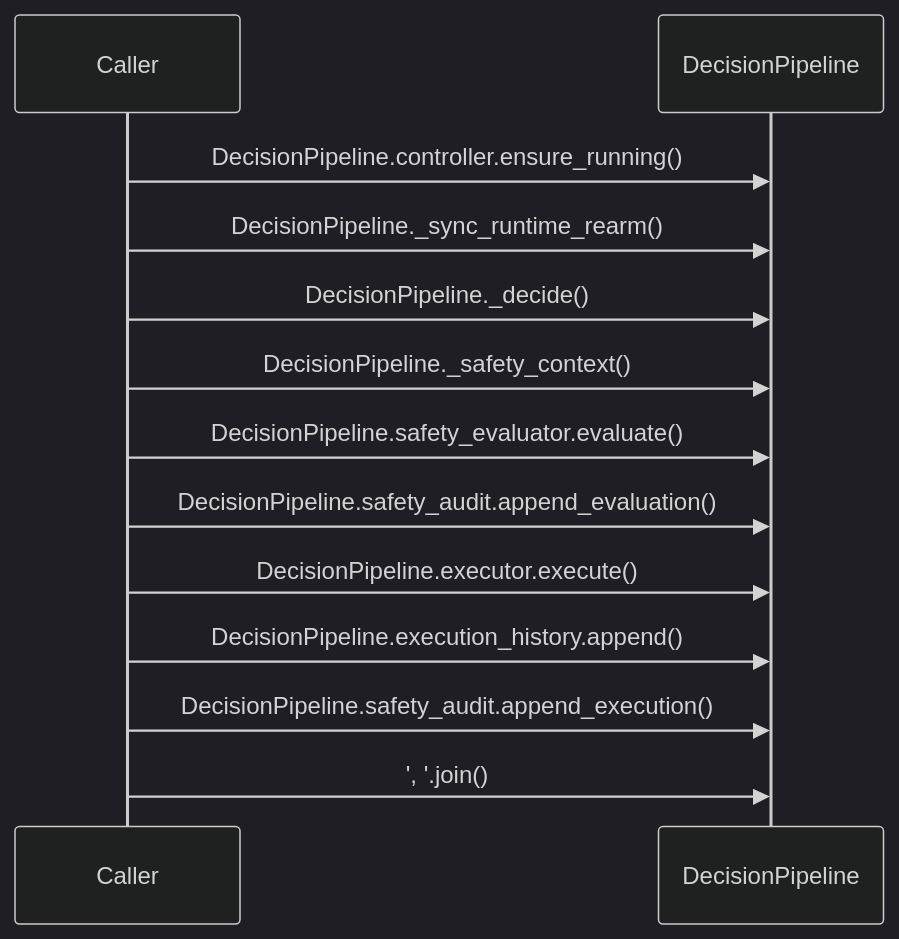
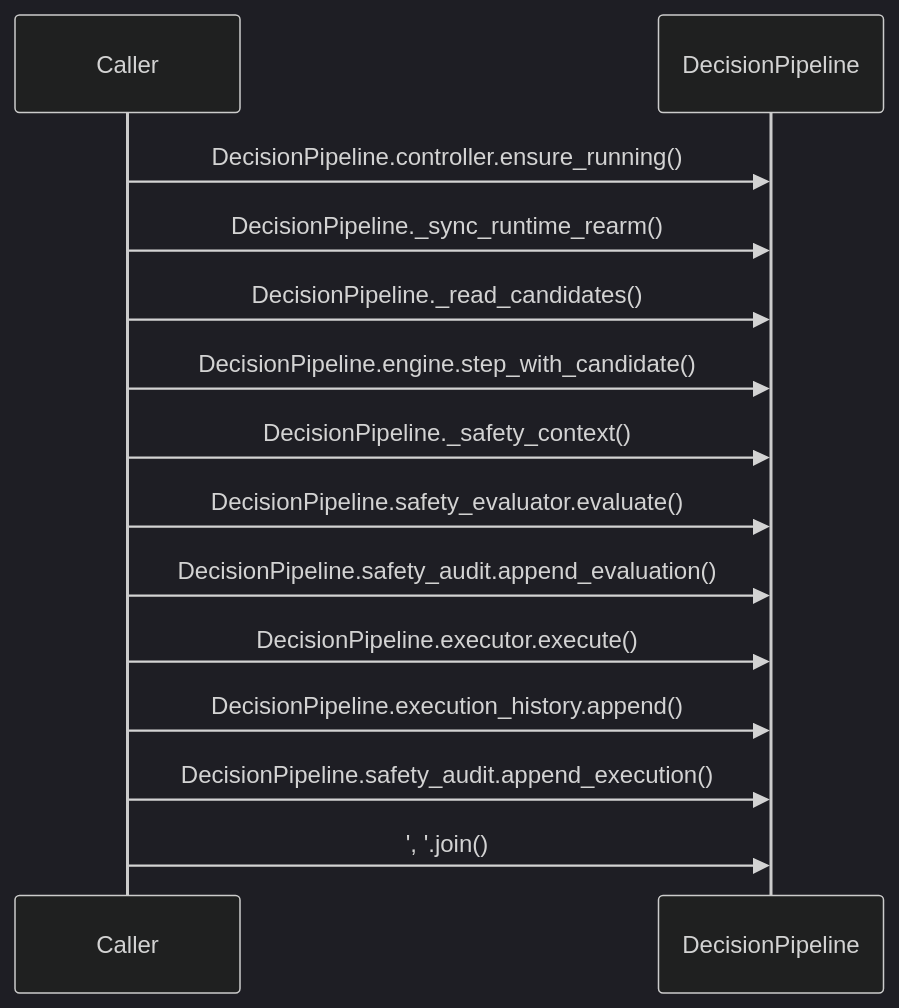
One commit to tomiya7688/AI_game_player changed the diagram in doc/sequence_diagram.mmd. Above: the diagram before and after it, drawn with Mermaid (dark theme). The commit also changed 7 other files, not shown here.

```diff
--- a/doc/sequence_diagram.mmd
+++ b/doc/sequence_diagram.mmd
@@ -1,13 +1,14 @@
 sequenceDiagram
     participant caller as Caller
     participant target as DecisionPipeline
     caller->>target: DecisionPipeline.controller.ensure_running()
     caller->>target: DecisionPipeline._sync_runtime_rearm()
-    caller->>target: DecisionPipeline._decide()
+    caller->>target: DecisionPipeline._read_candidates()
+    caller->>target: DecisionPipeline.engine.step_with_candidate()
     caller->>target: DecisionPipeline._safety_context()
     caller->>target: DecisionPipeline.safety_evaluator.evaluate()
     caller->>target: DecisionPipeline.safety_audit.append_evaluation()
     caller->>target: DecisionPipeline.executor.execute()
     caller->>target: DecisionPipeline.execution_history.append()
     caller->>target: DecisionPipeline.safety_audit.append_execution()
     caller->>target: ', '.join()
```
